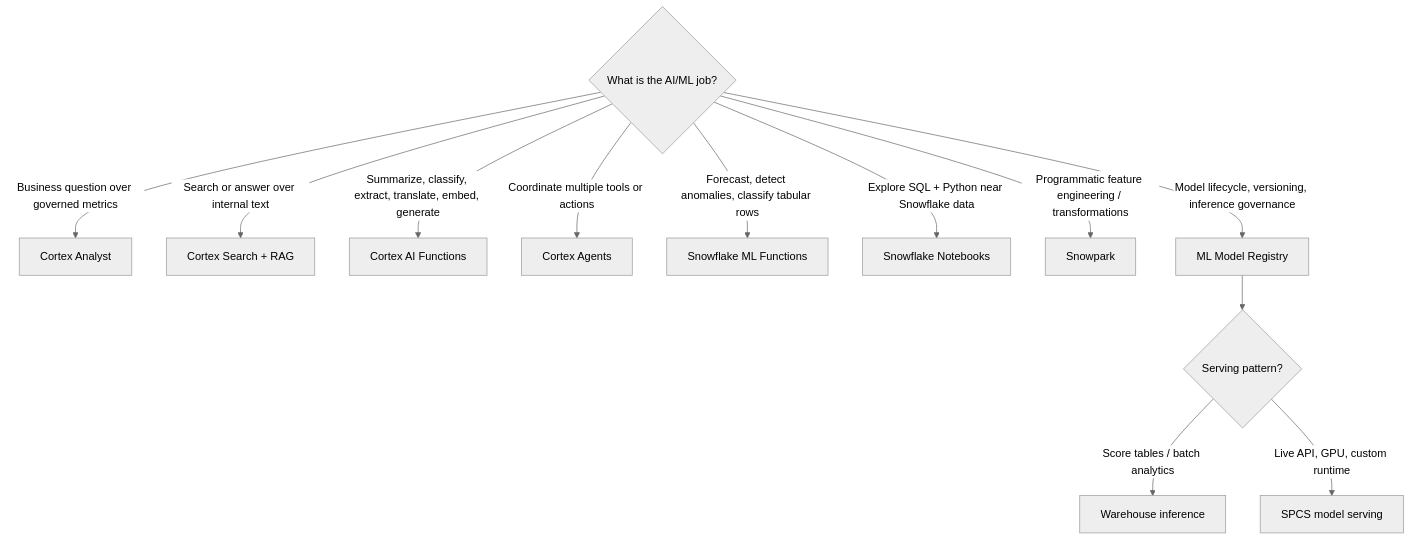
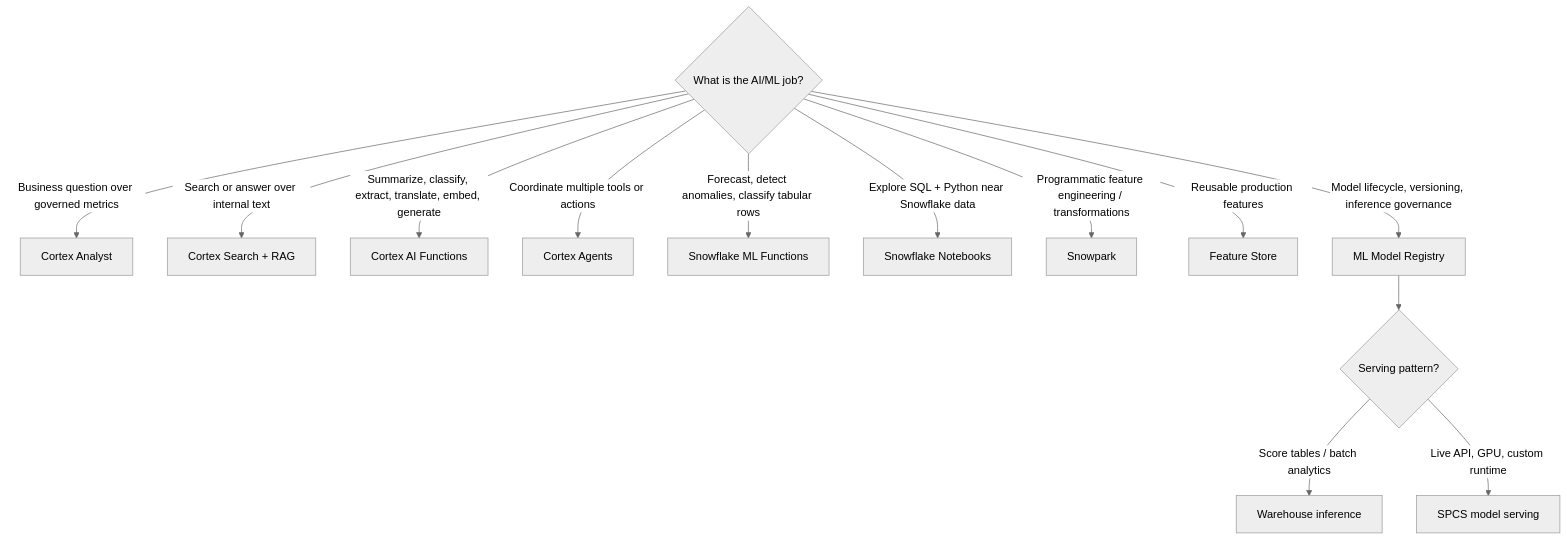
Before and after one commit to shonningsoy/Upskill: the diagram in 80 Comparisons and Decision Notes/Decision Notes/Decisions - Choosing a Snowflake AI and ML Pattern.md, drawn with Mermaid (neutral theme). The commit also changed other lines of this file and 2 other files, not shown here.

Commit message:
Expand Snowflake Feature Store and MLOps note

````diff
--- a/80 Comparisons and Decision Notes/Decision Notes/Decisions - Choosing a Snowflake AI and ML Pattern.md
+++ b/80 Comparisons and Decision Notes/Decision Notes/Decisions - Choosing a Snowflake AI and ML Pattern.md
@@ -36,14 +37,15 @@
 ```mermaid
 flowchart TD
     A{What is the AI/ML job?} -->|Business question over governed metrics| B[Cortex Analyst]
     A -->|Search or answer over internal text| S[Cortex Search + RAG]
     A -->|Summarize, classify, extract, translate, embed, generate| C[Cortex AI Functions]
     A -->|Coordinate multiple tools or actions| J[Cortex Agents]
     A -->|Forecast, detect anomalies, classify tabular rows| M[Snowflake ML Functions]
     A -->|Explore SQL + Python near Snowflake data| D[Snowflake Notebooks]
     A -->|Programmatic feature engineering / transformations| E[Snowpark]
+    A -->|Reusable production features| FS[Feature Store]
     A -->|Model lifecycle, versioning, inference governance| F[ML Model Registry]
     F --> G{Serving pattern?}
     G -->|Score tables / batch analytics| H[Warehouse inference]
     G -->|Live API, GPU, custom runtime| I[SPCS model serving]
 ```
````
